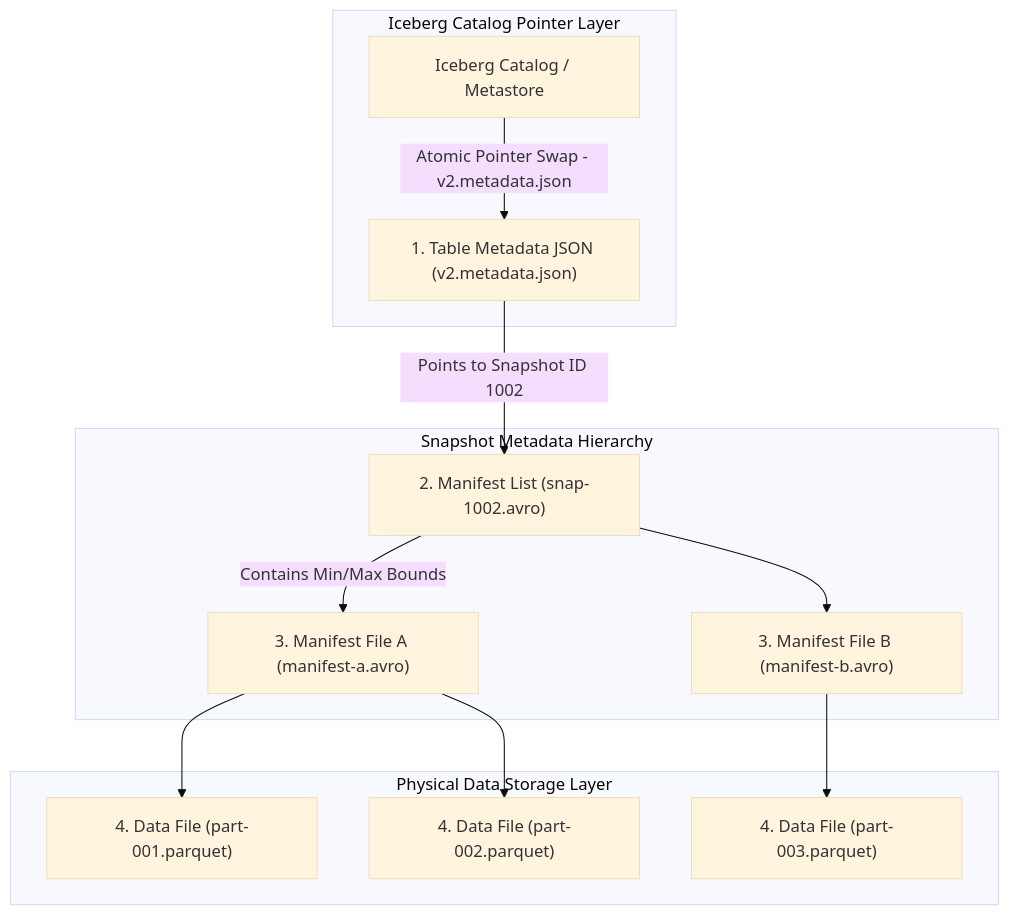
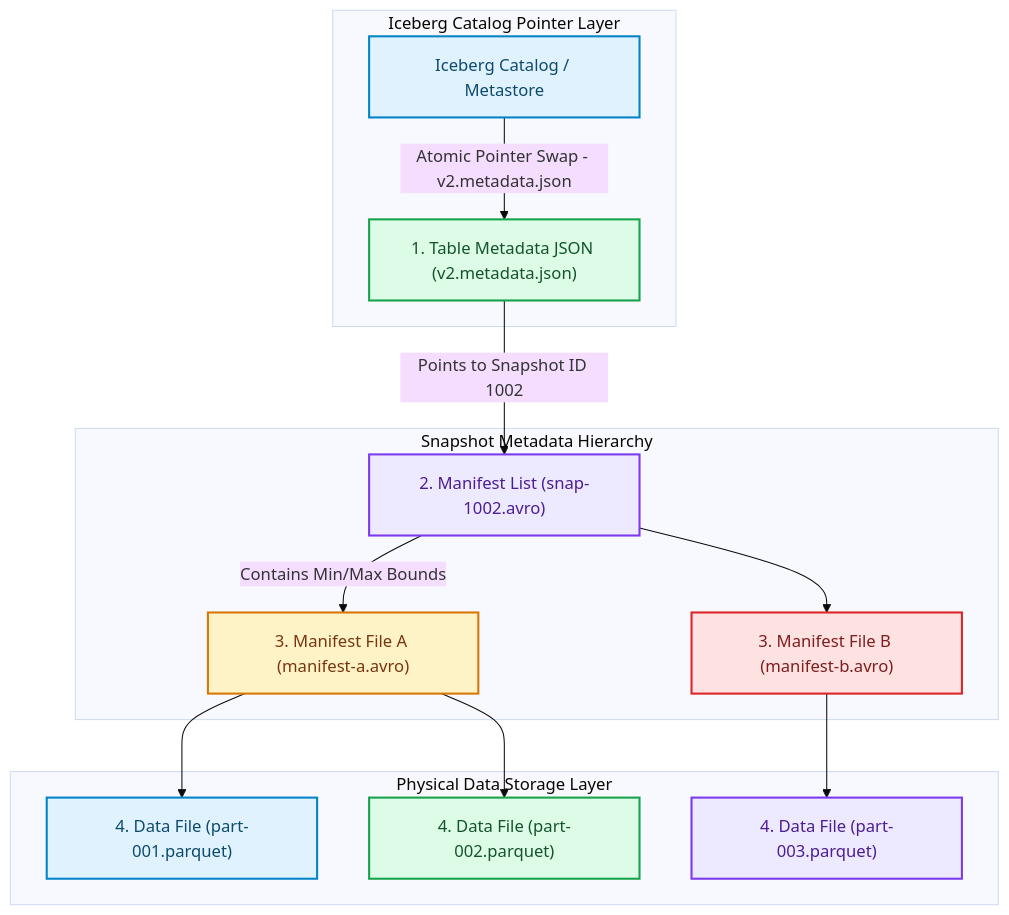
One commit to akmalkhaniub/akmalkhaniub.github.io changed the diagram in blog/posts/data-lakehouse-file-formats-iceberg-delta-acid-transactions.md. Above: the diagram before and after it, drawn with Mermaid (base theme). The commit also changed other lines of this file and 1291 other files, not shown here.

First line of the commit message:
feat(catalog): unique covers, scholarly references, and diagram palettes

````diff
--- a/blog/posts/data-lakehouse-file-formats-iceberg-delta-acid-transactions.md
+++ b/blog/posts/data-lakehouse-file-formats-iceberg-delta-acid-transactions.md
@@ -23,18 +23,29 @@
 ```mermaid
 flowchart TD
   subgraph SG1_IcebergCatalogPointer ["Iceberg Catalog Pointer Layer"]
-    Catalog[Iceberg Catalog / Metastore] -->|Atomic Pointer Swap - v2.metadata.json| MetaJSON["1. Table Metadata JSON (v2.metadata.json)"]
+    Catalog["Iceberg Catalog / Metastore"] -->|Atomic Pointer Swap - v2.metadata.json| MetaJSON["1. Table Metadata JSON (v2.metadata.json)"]
   end
   
   subgraph SG2_SnapshotMetadataHierarchy ["Snapshot Metadata Hierarchy"]
     MetaJSON -->|Points to Snapshot ID 1002| ManifestList["2. Manifest List (snap-1002.avro)"]
     ManifestList -->|Contains Min/Max Bounds| Manifest1["3. Manifest File A (manifest-a.avro)"]
     ManifestList --> Manifest2["3. Manifest File B (manifest-b.avro)"]
   end
   
   subgraph SG3_PhysicalDataStorage ["Physical Data Storage Layer"]
     Manifest1 --> Data1["4. Data File (part-001.parquet)"]
     Manifest1 --> Data2["4. Data File (part-002.parquet)"]
     Manifest2 --> Data3["4. Data File (part-003.parquet)"]
   end
+
+classDef green fill:#dcfce7,stroke:#16a34a,stroke-width:2px,color:#14532d;
+classDef red fill:#fee2e2,stroke:#dc2626,stroke-width:2px,color:#7f1d1d;
+classDef blue fill:#e0f2fe,stroke:#0284c7,stroke-width:2px,color:#0c4a6e;
+classDef yellow fill:#fef3c7,stroke:#d97706,stroke-width:2px,color:#78350f;
+classDef purple fill:#ede9fe,stroke:#7c3aed,stroke-width:2px,color:#4c1d95;
+class Catalog,Data1 blue
+class MetaJSON,Data2 green
+class ManifestList,Data3 purple
+class Manifest1 yellow
+class Manifest2 red
 ```
````
